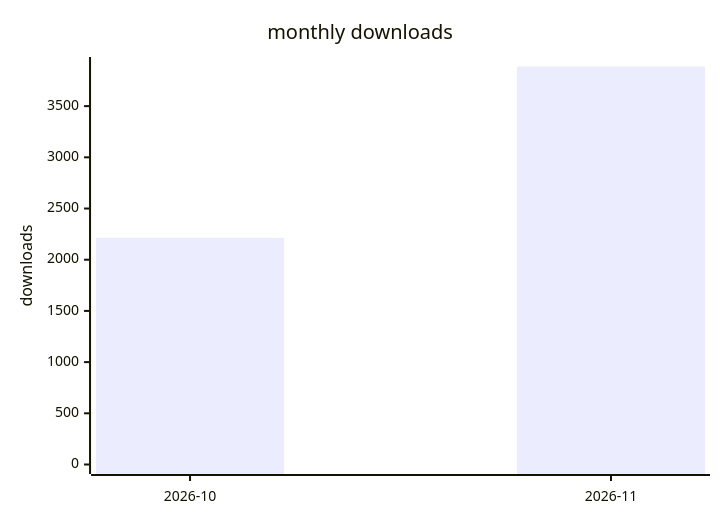
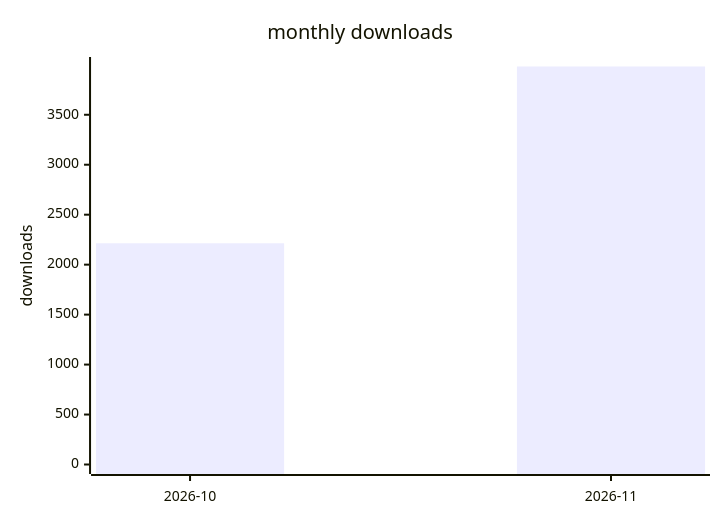
One commit to terry2010/dsh-rss-news-daily changed the second of 2 diagrams in docs/downloads-2026.md. Above: the diagram before and after it, drawn with Mermaid. The commit also changed other lines of this file and 1 other file, not shown here.

````diff
--- a/docs/downloads-2026.md
+++ b/docs/downloads-2026.md
@@ -29,7 +29,7 @@
 ```mermaid
 xychart-beta
     title "monthly downloads"
     x-axis ["2026-10", "2026-11"]
-    y-axis "downloads" 0 --> 3887
-    bar [2214, 3887]
+    y-axis "downloads" 0 --> 3983
+    bar [2214, 3983]
 ```
````
